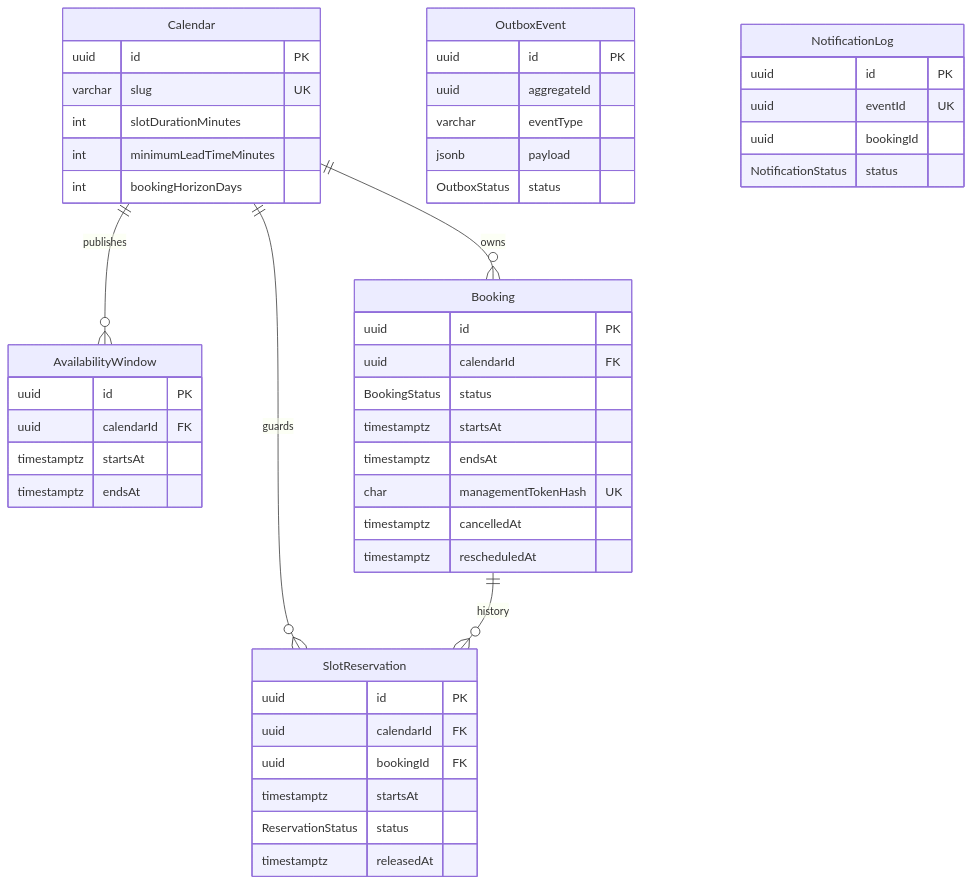
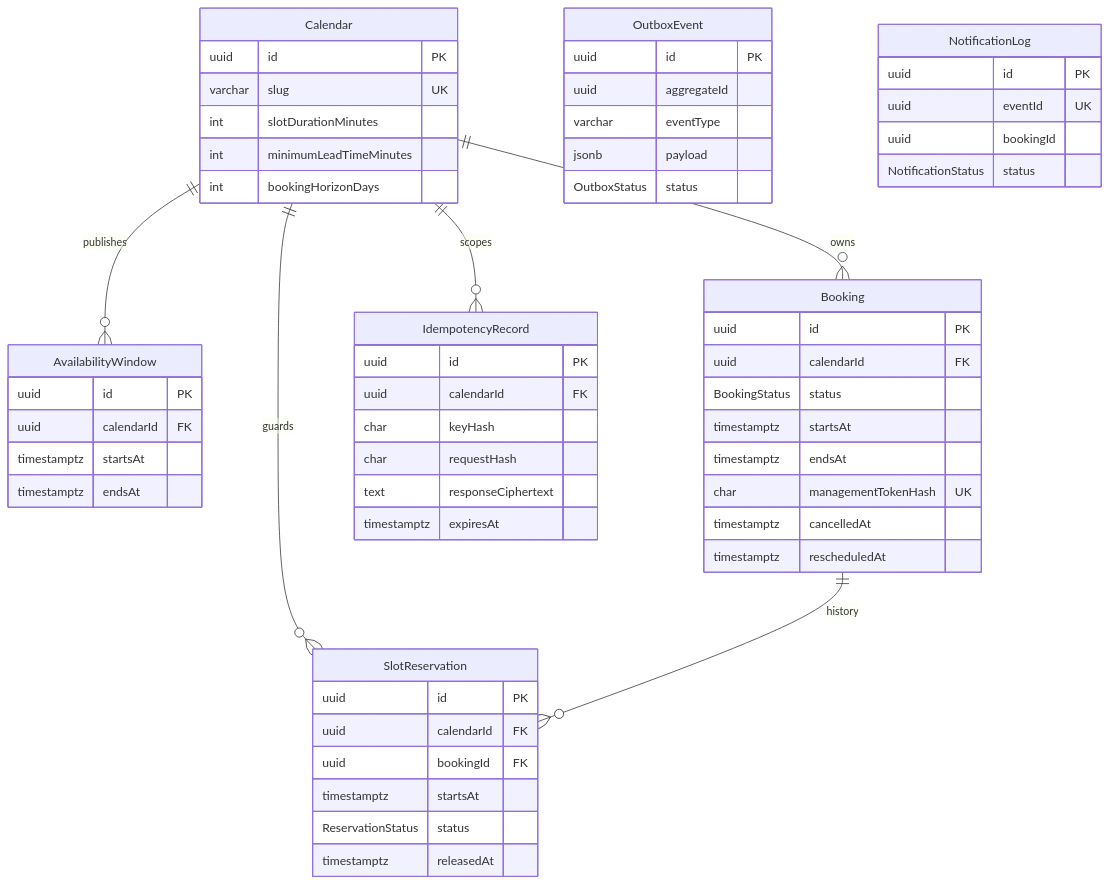
Before and after one commit to nullorone/ai-for-developers-project-386: the diagram in docs/data-model.md, drawn with Mermaid. The commit also changed other lines of this file and 28 other files, not shown here.

````diff
--- a/docs/data-model.md
+++ b/docs/data-model.md
@@ -7,52 +7,61 @@
 ```mermaid
 erDiagram
   Calendar ||--o{ AvailabilityWindow : publishes
   Calendar ||--o{ Booking : owns
   Calendar ||--o{ SlotReservation : guards
   Booking ||--o{ SlotReservation : history
+  Calendar ||--o{ IdempotencyRecord : scopes
 
   Calendar {
     uuid id PK
     varchar slug UK
     int slotDurationMinutes
     int minimumLeadTimeMinutes
     int bookingHorizonDays
   }
   AvailabilityWindow {
     uuid id PK
     uuid calendarId FK
     timestamptz startsAt
     timestamptz endsAt
   }
   Booking {
     uuid id PK
     uuid calendarId FK
     BookingStatus status
     timestamptz startsAt
     timestamptz endsAt
     char managementTokenHash UK
     timestamptz cancelledAt
     timestamptz rescheduledAt
   }
   SlotReservation {
     uuid id PK
     uuid calendarId FK
     uuid bookingId FK
     timestamptz startsAt
     ReservationStatus status
     timestamptz releasedAt
   }
   OutboxEvent {
     uuid id PK
     uuid aggregateId
     varchar eventType
     jsonb payload
     OutboxStatus status
   }
+  IdempotencyRecord {
+    uuid id PK
+    uuid calendarId FK
+    char keyHash
+    char requestHash
+    text responseCiphertext
+    timestamptz expiresAt
+  }
   NotificationLog {
     uuid id PK
     uuid eventId UK
     uuid bookingId
     NotificationStatus status
   }
 ```
````
